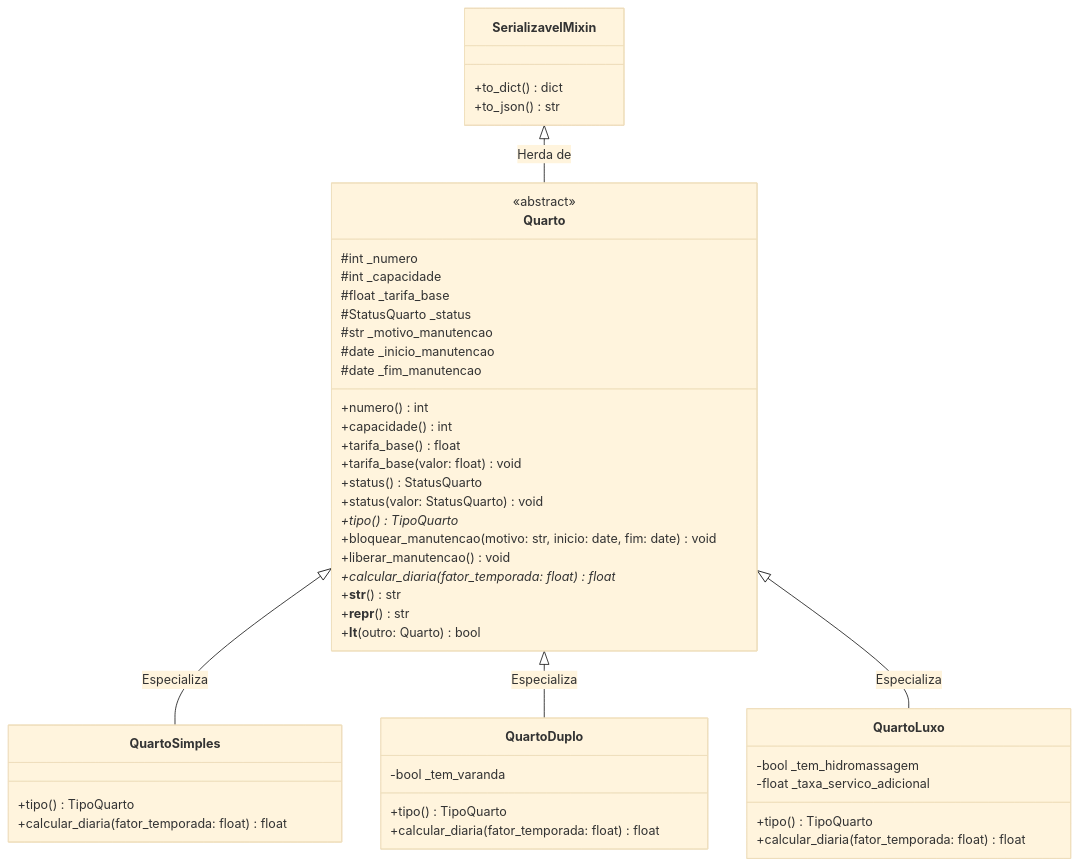
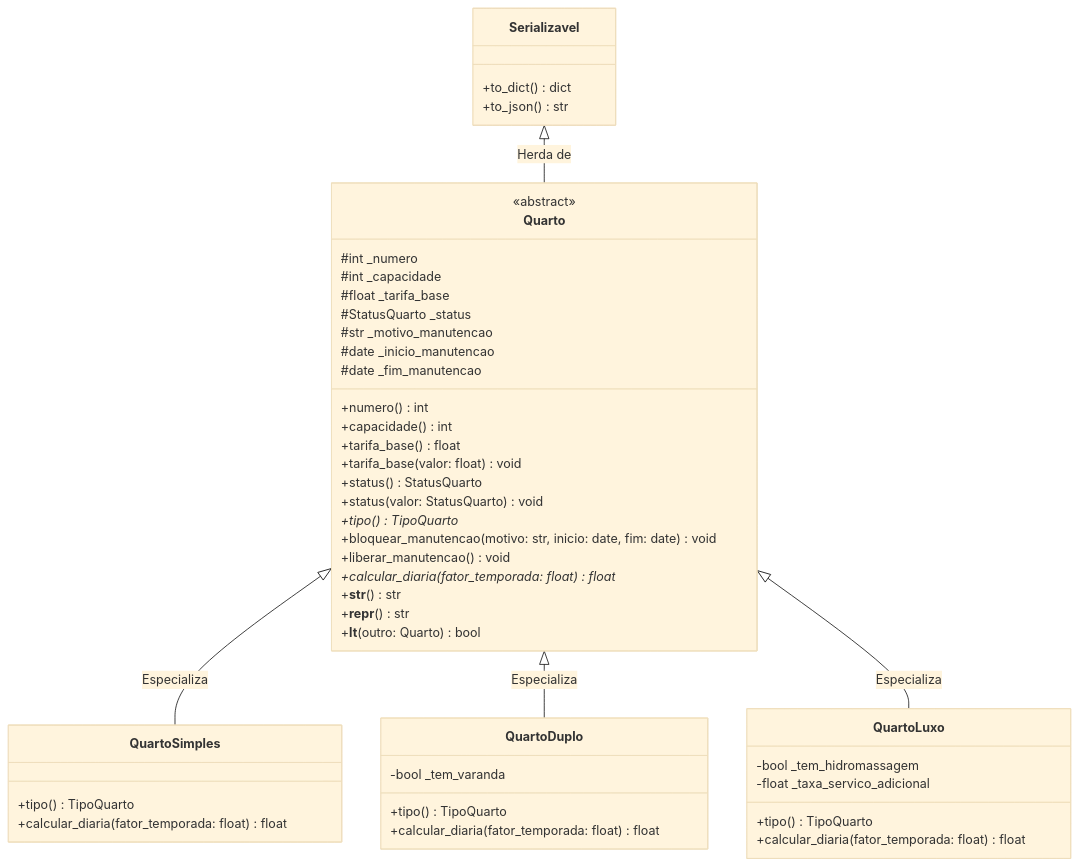
Before and after one commit to WandersonLobo/Sistema-de-Reserva-de-Hotel: the tenth of 23 diagrams in docs/uml_diagram.md, drawn with Mermaid (base theme). The commit also changed other lines of this file and 1 other file, not shown here.

Commit message:
docs: update UML documentation to reflect class name changes from mixins to concrete classes

````diff
--- a/docs/uml_diagram.md
+++ b/docs/uml_diagram.md
@@ -337,56 +337,56 @@
 ```mermaid
 classDiagram
     %% Definição das Classes
-    class SerializavelMixin {
+    class Serializavel {
         +to_dict() dict
         +to_json() str
     }
 
     class Quarto {
         <<abstract>>
         #int _numero
         #int _capacidade
         #float _tarifa_base
         #StatusQuarto _status
         #str _motivo_manutencao
         #date _inicio_manutencao
         #date _fim_manutencao
         +numero() int
         +capacidade() int
         +tarifa_base() float
         +tarifa_base(valor: float) void
         +status() StatusQuarto
         +status(valor: StatusQuarto) void
         +tipo() TipoQuarto*
         +bloquear_manutencao(motivo: str, inicio: date, fim: date) void
         +liberar_manutencao() void
         +calcular_diaria(fator_temporada: float)* float
         +__str__() str
         +__repr__() str
         +__lt__(outro: Quarto) bool
     }
 
     class QuartoSimples {
         +tipo() TipoQuarto
         +calcular_diaria(fator_temporada: float) float
     }
 
     class QuartoDuplo {
         -bool _tem_varanda
         +tipo() TipoQuarto
         +calcular_diaria(fator_temporada: float) float
     }
 
     class QuartoLuxo {
         -bool _tem_hidromassagem
         -float _taxa_servico_adicional
         +tipo() TipoQuarto
         +calcular_diaria(fator_temporada: float) float
     }
 
     %% Relações de Herança
-    SerializavelMixin <|-- Quarto : Herda de
+    Serializavel <|-- Quarto : Herda de
     Quarto <|-- QuartoSimples : Especializa
     Quarto <|-- QuartoDuplo : Especializa
     Quarto <|-- QuartoLuxo : Especializa
 ```
````
